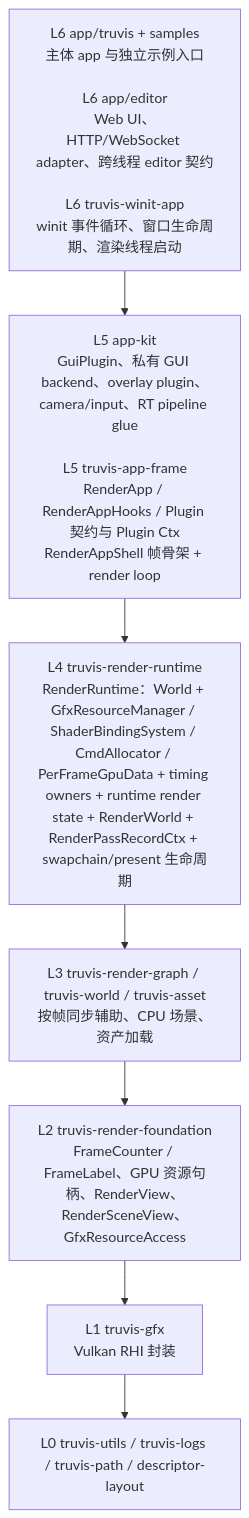
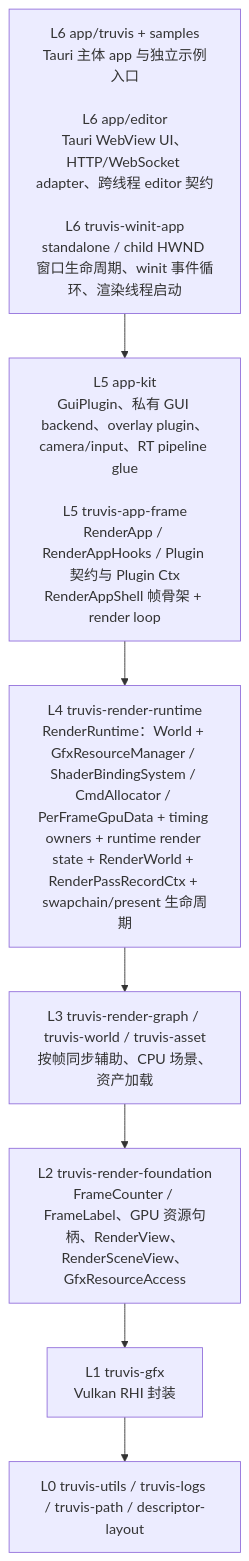
The first of 2 diagrams in docs/summaries/layering-and-dependency-boundaries.md (acccoco/TruvisRenderer), drawn with Mermaid before and after one commit. The commit also changed other lines of this file and 39 other files, not shown here.

````diff
--- a/docs/summaries/layering-and-dependency-boundaries.md
+++ b/docs/summaries/layering-and-dependency-boundaries.md
@@ -9,11 +9,11 @@
 ```mermaid
 flowchart TB
-    L6["L6 app/truvis + samples<br/>主体 app 与独立示例入口<br/><br/>L6 app/editor<br/>Web UI、HTTP/WebSocket adapter、跨线程 editor 契约<br/><br/>L6 truvis-winit-app<br/>winit 事件循环、窗口生命周期、渲染线程启动"]
+    L6["L6 app/truvis + samples<br/>Tauri 主体 app 与独立示例入口<br/><br/>L6 app/editor<br/>Tauri WebView UI、HTTP/WebSocket adapter、跨线程 editor 契约<br/><br/>L6 truvis-winit-app<br/>standalone / child HWND 窗口生命周期、winit 事件循环、渲染线程启动"]
     L5["L5 app-kit<br/>GuiPlugin、私有 GUI backend、overlay plugin、camera/input、RT pipeline glue<br/><br/>L5 truvis-app-frame<br/>RenderApp / RenderAppHooks / Plugin 契约与 Plugin Ctx<br/>RenderAppShell 帧骨架 + render loop"]
     L4["L4 truvis-render-runtime<br/>RenderRuntime：World + GfxResourceManager / ShaderBindingSystem / CmdAllocator / PerFrameGpuData + timing owners + runtime render state + RenderWorld + RenderPassRecordCtx + swapchain/present 生命周期"]
     L3["L3 truvis-render-graph / truvis-world / truvis-asset<br/>按帧同步辅助、CPU 场景、资产加载"]
     L2["L2 truvis-render-foundation<br/>FrameCounter / FrameLabel、GPU 资源句柄、RenderView、RenderSceneView、GfxResourceAccess"]
     L1["L1 truvis-gfx<br/>Vulkan RHI 封装"]
     L0["L0 truvis-utils / truvis-logs / truvis-path / descriptor-layout"]
     L6 --> L5 --> L4 --> L3 --> L2 --> L1 --> L0
 ```
````
